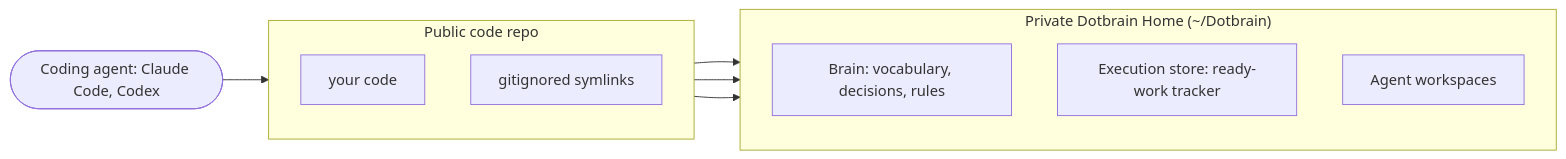
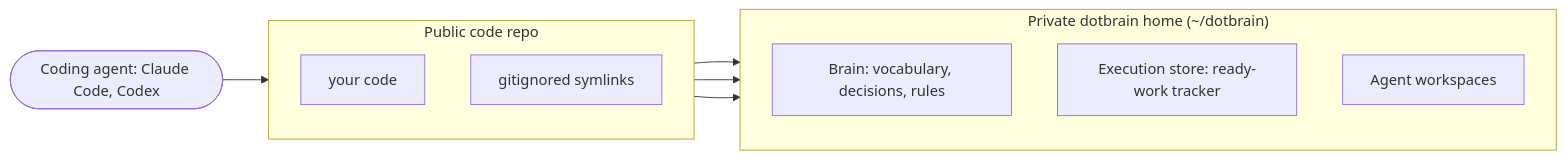
Before and after one commit to arminzou/dotbrain: the diagram in README.md, drawn with Mermaid. The commit also changed other lines of this file and 1 other file, not shown here.

````diff
--- a/README.md
+++ b/README.md
@@ -26,19 +56,19 @@
 ```mermaid
 flowchart LR
   agent(["Coding agent: Claude Code, Codex"])
   subgraph repo["Public code repo"]
     direction TB
     code["your code"]
     links["gitignored symlinks"]
   end
-  subgraph home["Private Dotbrain Home (~/Dotbrain)"]
+  subgraph home["Private dotbrain home (~/dotbrain)"]
     direction TB
     brain["Brain: vocabulary, decisions, rules"]
     exec["Execution store: ready-work tracker"]
     ws["Agent workspaces"]
   end
   agent --> repo
   links --> brain
   links --> exec
   links --> ws
 ```
````
